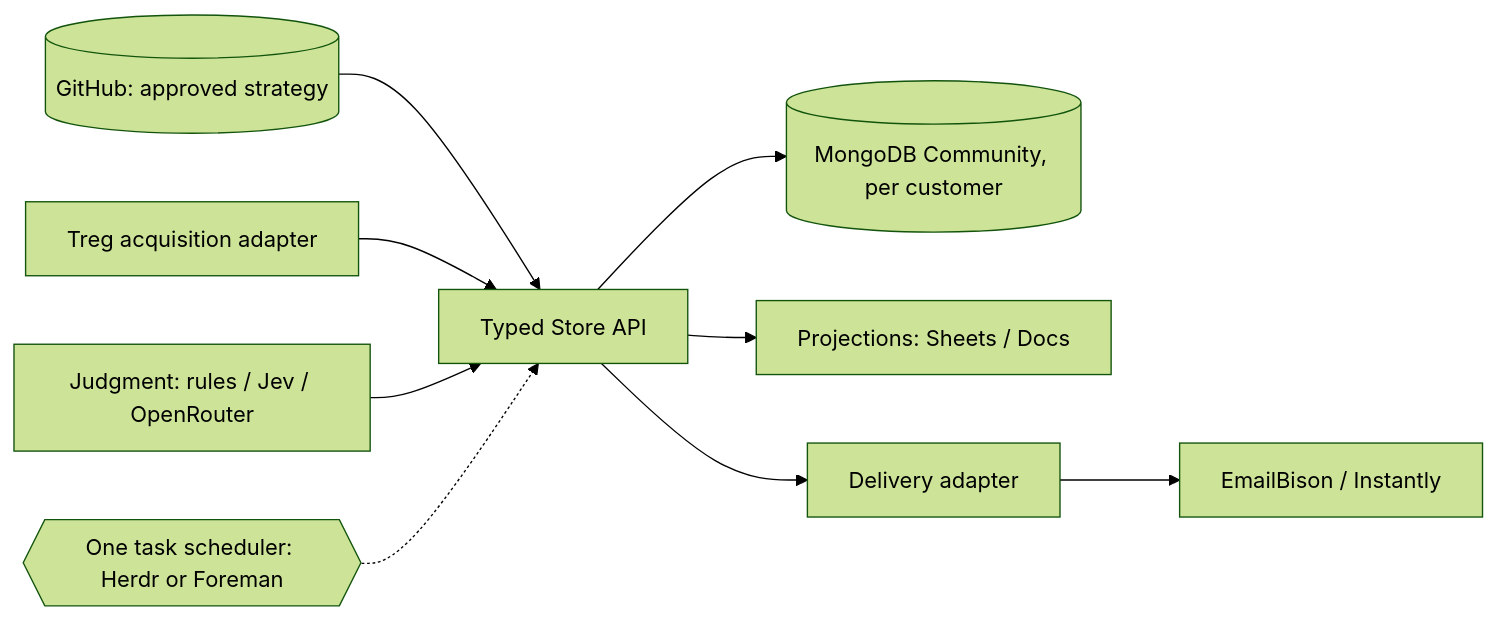
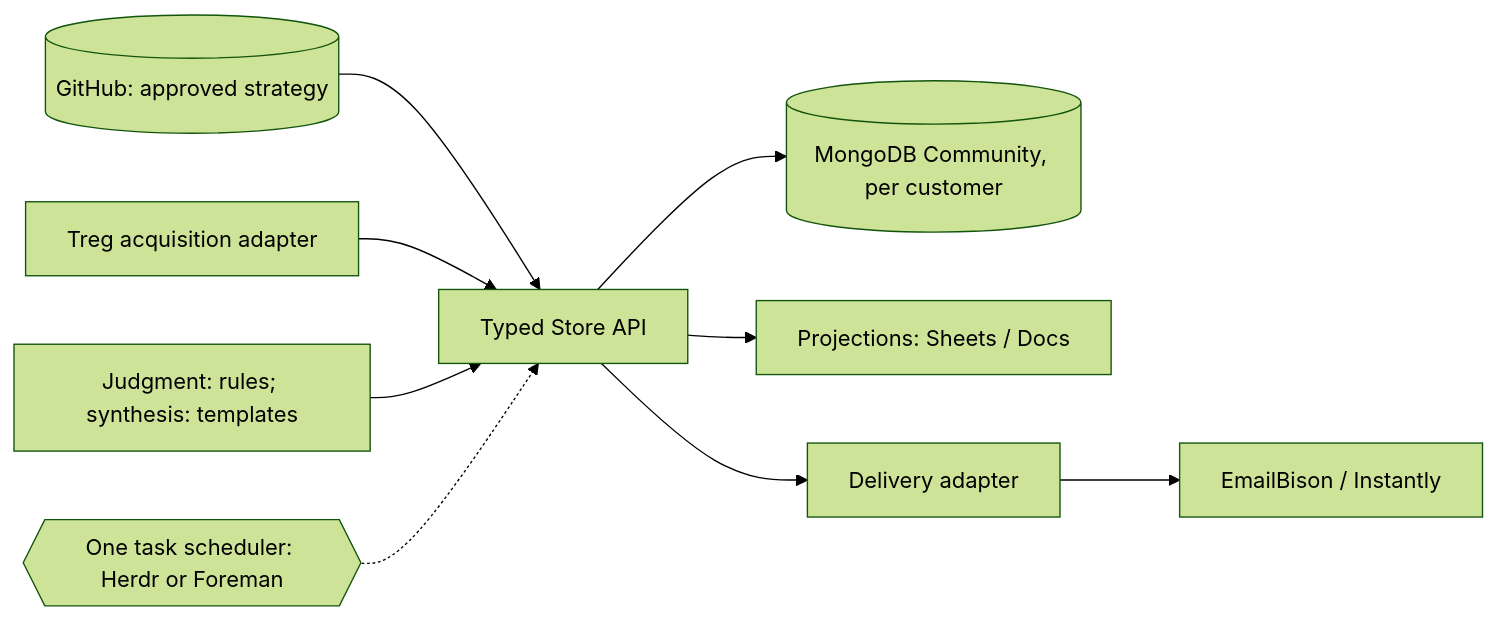
The third of 3 diagrams in docs/architecture.md (AuggieGTM/auggie-harness), drawn with Mermaid (forest theme) before and after one commit. The commit also changed other lines of this file and 3 other files, not shown here.

First line of the commit message:
Decide judgment and synthesis engines; mark M1 and M2 done

````diff
--- a/docs/architecture.md
+++ b/docs/architecture.md
@@ -84,10 +84,10 @@
 ```mermaid
 flowchart LR
   G[(GitHub: approved strategy)] --> S
   T[Treg acquisition adapter] --> S
-  J[Judgment: rules / Jev / OpenRouter] --> S
+  J[Judgment: rules; synthesis: templates] --> S
   S[Typed Store API] --> M[(MongoDB Community, per customer)]
   S --> P[Projections: Sheets / Docs]
   S --> DA[Delivery adapter] --> E[EmailBison / Instantly]
   R{{One task scheduler: Herdr or Foreman}} -.-> S
 ```
````
